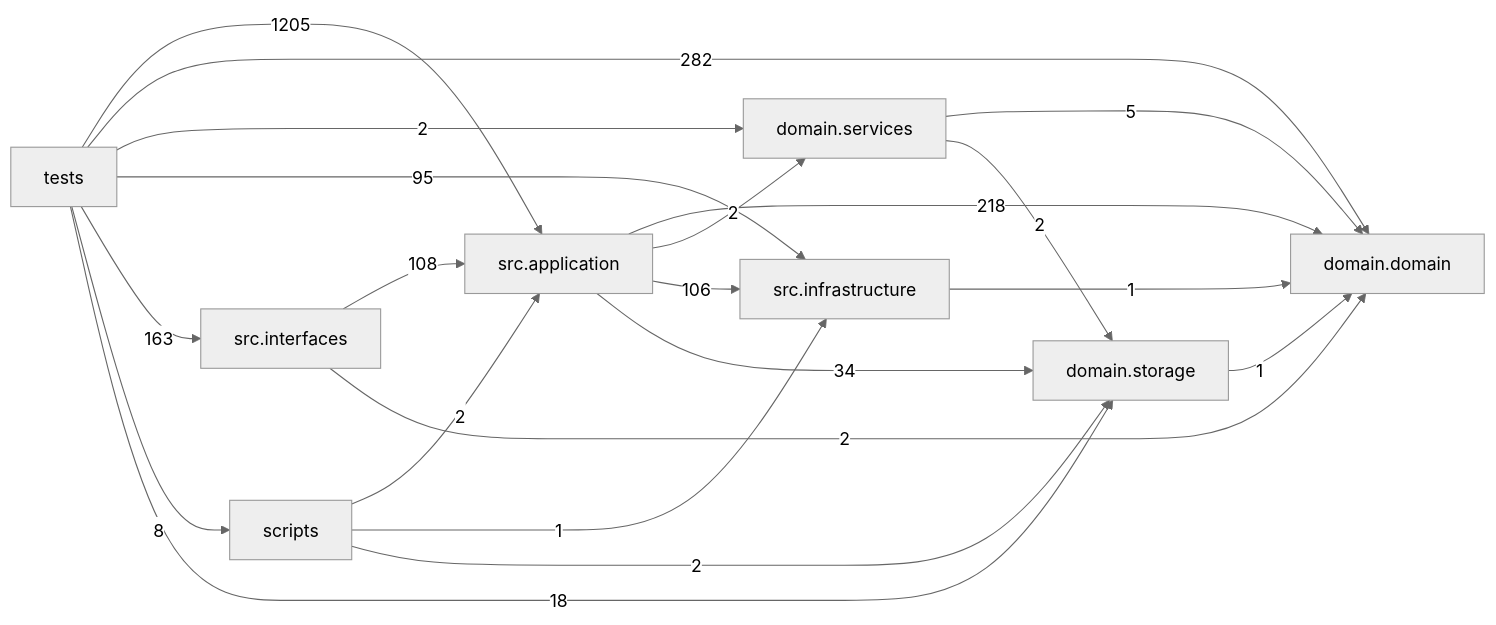
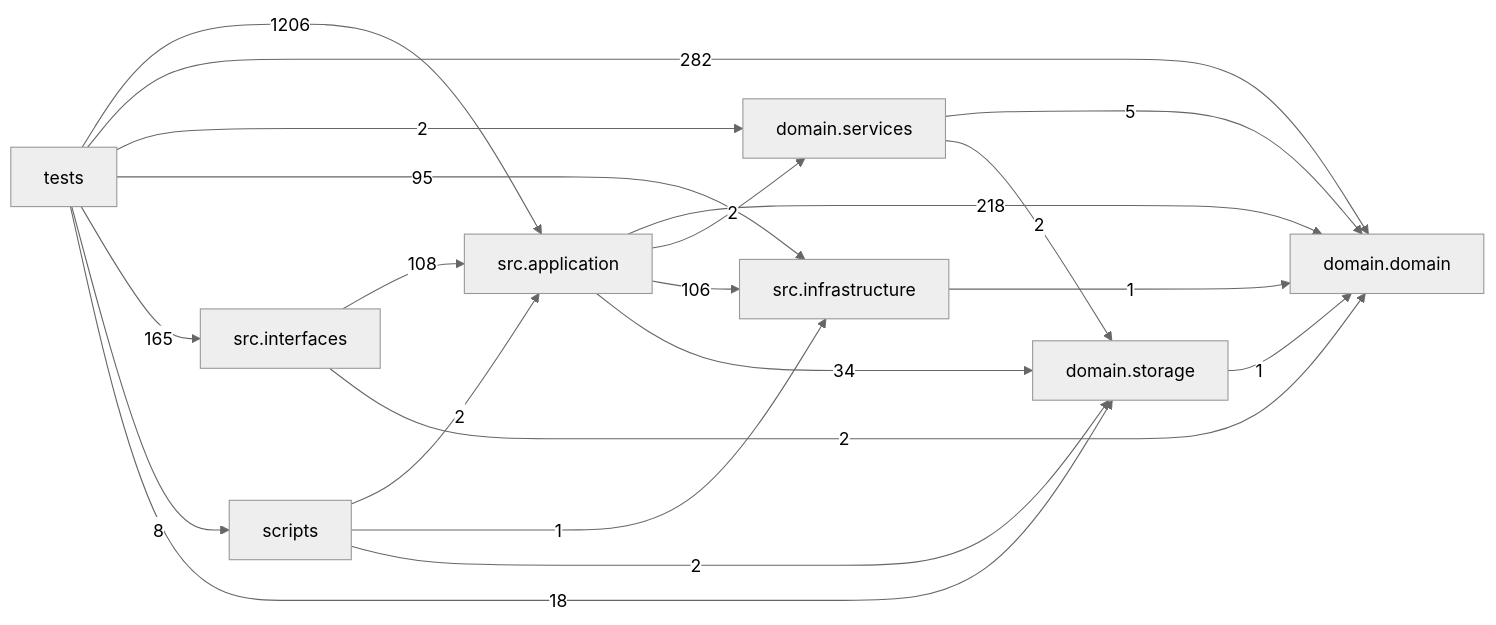
One commit to liuxie066/options-monitor changed the diagram in docs/DEPENDENCY_GRAPH.md. Above: the diagram before and after it, drawn with Mermaid (neutral theme). The commit also changed other lines of this file and 22 other files, not shown here.

````diff
--- a/docs/DEPENDENCY_GRAPH.md
+++ b/docs/DEPENDENCY_GRAPH.md
@@ -24,31 +24,31 @@
 ```mermaid
 flowchart LR
   tests["tests"]
   scripts["scripts"]
   interfaces["src.interfaces"]
   application["src.application"]
   infrastructure["src.infrastructure"]
   domain_services["domain.services"]
   domain["domain.domain"]
   storage["domain.storage"]
   application -->|218| domain
   application -->|2| domain_services
   application -->|106| infrastructure
   application -->|34| storage
   domain_services -->|5| domain
   domain_services -->|2| storage
   infrastructure -->|1| domain
   interfaces -->|108| application
   interfaces -->|2| domain
   scripts -->|2| application
   scripts -->|1| infrastructure
   scripts -->|2| storage
   storage -->|1| domain
-  tests -->|1205| application
+  tests -->|1206| application
   tests -->|282| domain
   tests -->|2| domain_services
   tests -->|95| infrastructure
-  tests -->|163| interfaces
+  tests -->|165| interfaces
   tests -->|8| scripts
   tests -->|18| storage
 ```
````
